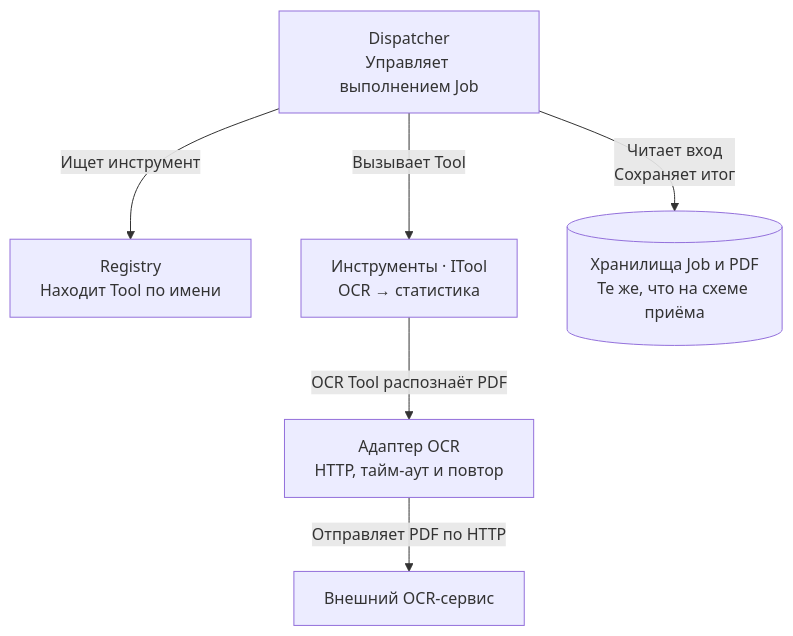
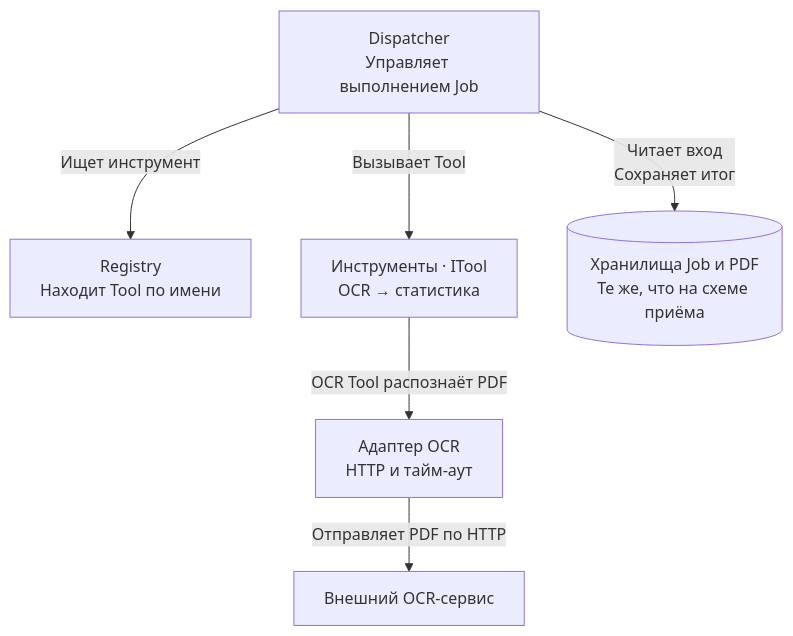
The third of 4 diagrams in docs/architecture.md (AIProgramIngeneering2026/team-slopworks), drawn with Mermaid before and after one commit. The commit also changed other lines of this file, not shown here.

Commit message:
docs: align architecture with Tool contract and ADRs

````diff
--- a/docs/architecture.md
+++ b/docs/architecture.md
@@ -51,15 +51,15 @@
 ```mermaid
 flowchart TB
     Dispatcher["Dispatcher<br/>Управляет выполнением Job"]
     Registry["Registry<br/>Находит Tool по имени"]
     Tools["Инструменты · ITool<br/>OCR → статистика"]
     Storage[("Хранилища Job и PDF<br/>Те же, что на схеме приёма")]
-    Adapter["Адаптер OCR<br/>HTTP, тайм-аут и повтор"]
+    Adapter["Адаптер OCR<br/>HTTP и тайм-аут"]
     OCR["Внешний OCR-сервис"]
 
     Dispatcher -->|"Ищет инструмент"| Registry
     Dispatcher -->|"Вызывает Tool"| Tools
     Dispatcher -->|"Читает вход<br/>Сохраняет итог"| Storage
     Tools -->|"OCR Tool распознаёт PDF"| Adapter
     Adapter -->|"Отправляет PDF по HTTP"| OCR
 ```
````
